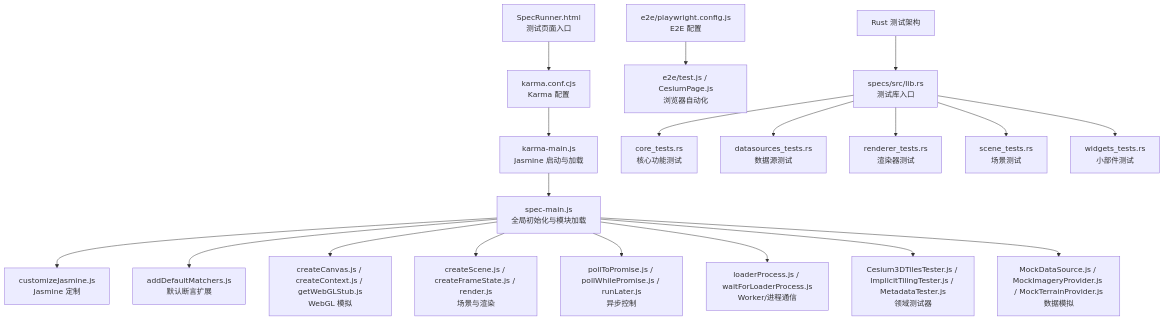
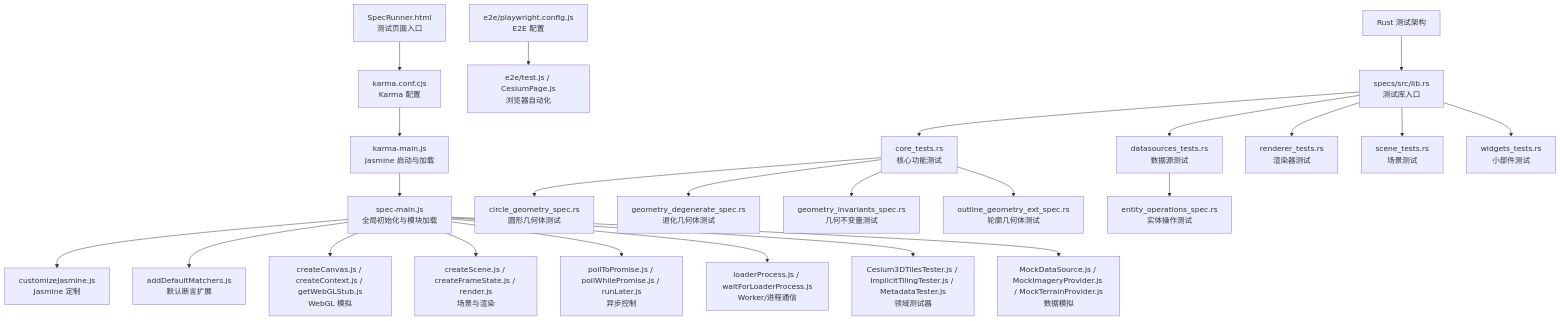
The first of 9 diagrams in .qoder/repowiki/zh/content/测试与调试/单元测试.md (rzhangjing/cesium), drawn with Mermaid before and after one commit. The commit also changed other lines of this file and 16 other files, not shown here.

````diff
--- a/.qoder/repowiki/zh/content/测试与调试/单元测试.md
+++ b/.qoder/repowiki/zh/content/测试与调试/单元测试.md
@@ -85,21 +92,26 @@
 ```mermaid
 graph TB
 A["SpecRunner.html<br/>测试页面入口"] --> B["karma.conf.cjs<br/>Karma 配置"]
 B --> C["karma-main.js<br/>Jasmine 启动与加载"]
 C --> D["spec-main.js<br/>全局初始化与模块加载"]
 D --> E["customizeJasmine.js<br/>Jasmine 定制"]
 D --> F["addDefaultMatchers.js<br/>默认断言扩展"]
 D --> G["createCanvas.js / createContext.js / getWebGLStub.js<br/>WebGL 模拟"]
 D --> H["createScene.js / createFrameState.js / render.js<br/>场景与渲染"]
 D --> I["pollToPromise.js / pollWhilePromise.js / runLater.js<br/>异步控制"]
 D --> J["loaderProcess.js / waitForLoaderProcess.js<br/>Worker/进程通信"]
 D --> K["Cesium3DTilesTester.js / ImplicitTilingTester.js / MetadataTester.js<br/>领域测试器"]
 D --> L["MockDataSource.js / MockImageryProvider.js / MockTerrainProvider.js<br/>数据模拟"]
 M["e2e/playwright.config.js<br/>E2E 配置"] --> N["e2e/test.js / CesiumPage.js<br/>浏览器自动化"]
 O["Rust 测试架构"] --> P["specs/src/lib.rs<br/>测试库入口"]
 P --> Q["core_tests.rs<br/>核心功能测试"]
 P --> R["datasources_tests.rs<br/>数据源测试"]
 P --> S["renderer_tests.rs<br/>渲染器测试"]
 P --> T["scene_tests.rs<br/>场景测试"]
 P --> U["widgets_tests.rs<br/>小部件测试"]
+Q --> V["circle_geometry_spec.rs<br/>圆形几何体测试"]
+Q --> W["geometry_degenerate_spec.rs<br/>退化几何体测试"]
+Q --> X["geometry_invariants_spec.rs<br/>几何不变量测试"]
+Q --> Y["outline_geometry_ext_spec.rs<br/>轮廓几何体测试"]
+R --> Z["entity_operations_spec.rs<br/>实体操作测试"]
 ```
````
